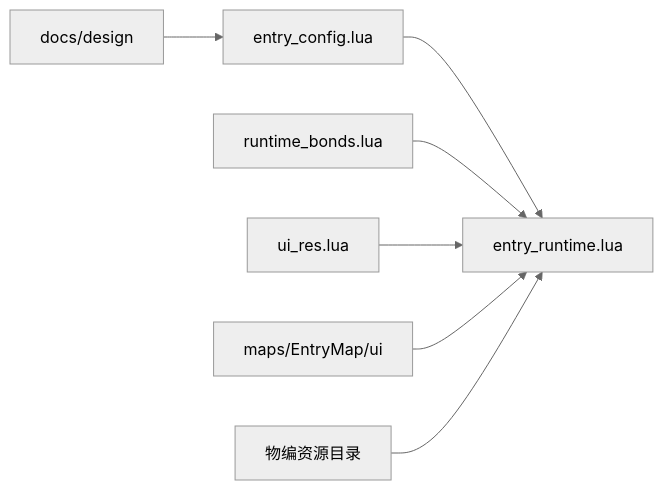
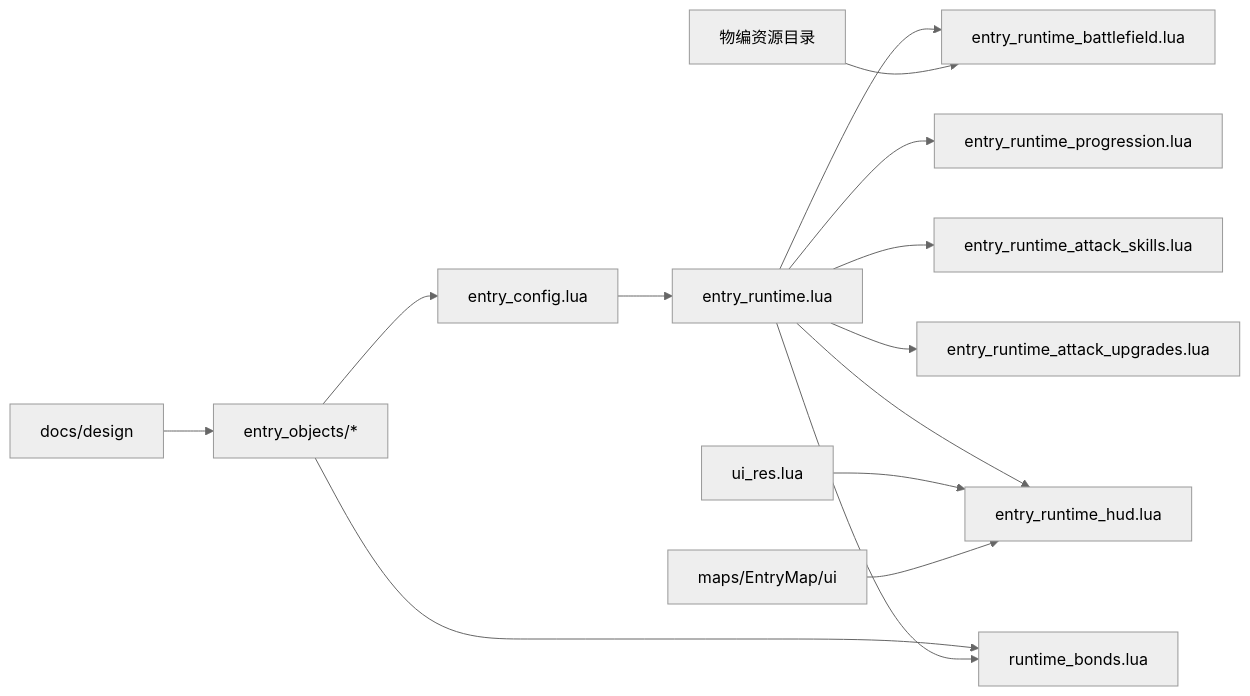
The fourth of 4 diagrams in maps/EntryMap/script/docs/项目模块/99-流程图/整体游戏流程图.md (WindXRan/y3td), drawn with Mermaid (neutral theme) before and after one commit. The commit also changed other lines of this file and 18 other files, not shown here.

````diff
--- a/maps/EntryMap/script/docs/项目模块/99-流程图/整体游戏流程图.md
+++ b/maps/EntryMap/script/docs/项目模块/99-流程图/整体游戏流程图.md
@@ -68,9 +72,16 @@
 ```mermaid
 flowchart LR
-    A[docs/design] --> B[entry_config.lua]
-    B --> C[entry_runtime.lua]
-    D[runtime_bonds.lua] --> C
-    E[ui_res.lua] --> C
-    F[maps/EntryMap/ui] --> C
-    G[物编资源目录] --> C
+    A[docs/design] --> B[entry_objects/*]
+    B --> C[entry_config.lua]
+    C --> D[entry_runtime.lua]
+    D --> E[entry_runtime_battlefield.lua]
+    D --> F[entry_runtime_progression.lua]
+    D --> G[entry_runtime_attack_skills.lua]
+    D --> H[entry_runtime_attack_upgrades.lua]
+    D --> I[entry_runtime_hud.lua]
+    B --> J[runtime_bonds.lua]
+    D --> J
+    K[ui_res.lua] --> I
+    L[maps/EntryMap/ui] --> I
+    M[物编资源目录] --> E
 ```
````
